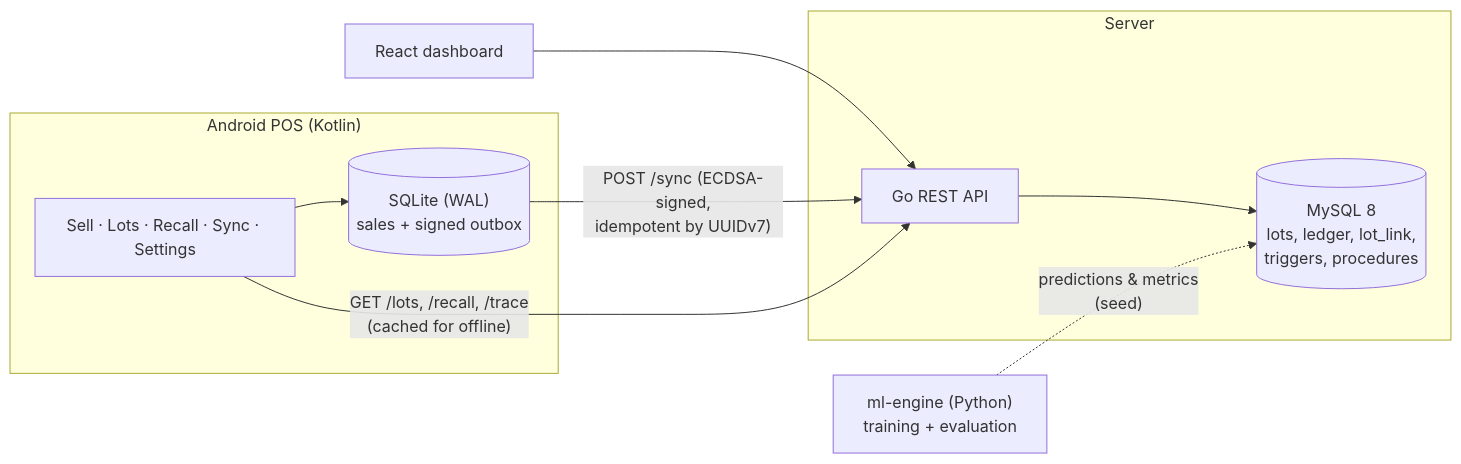
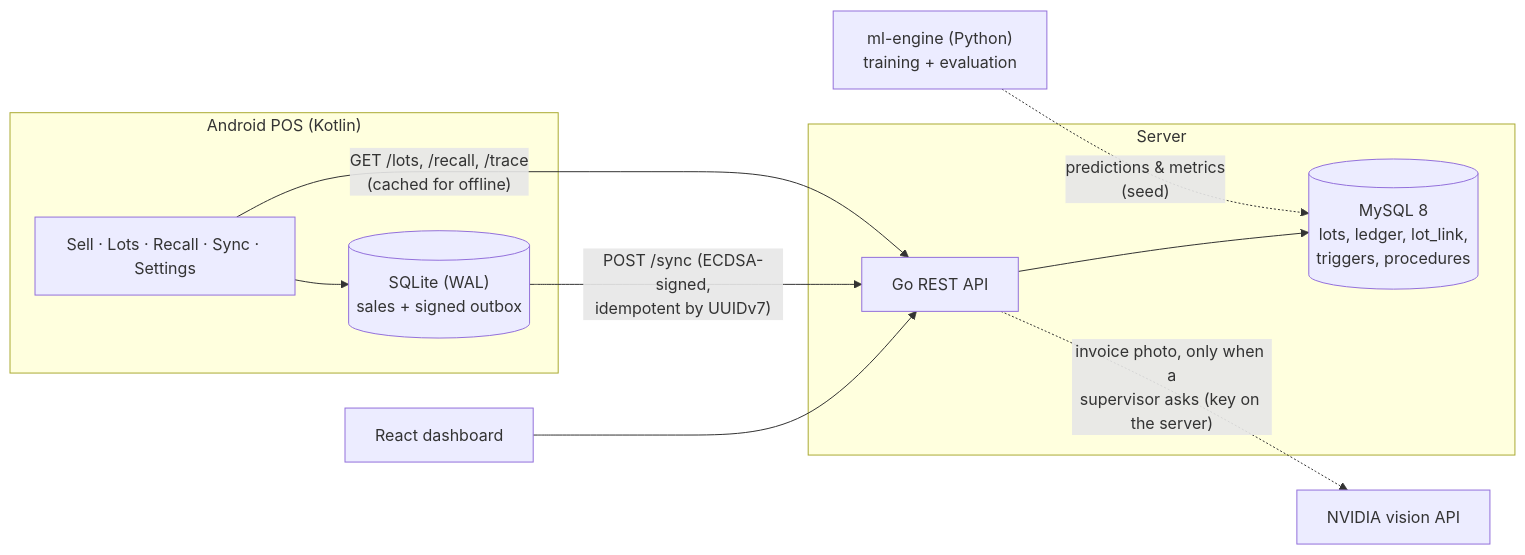
One commit to ban-food-intelligence/ban-food-intelligence changed the diagram in README.md. Above: the diagram before and after it, drawn with Mermaid. The commit also changed other lines of this file, not shown here.

First line of the commit message:
docs: README covers alerts, mass balance, recall drill, lot scan and server-side invoice reading

````diff
--- a/README.md
+++ b/README.md
@@ -41,17 +49,18 @@
 ```mermaid
 flowchart LR
   subgraph Phone["Android POS (Kotlin)"]
     UI["Sell · Lots · Recall · Sync · Settings"]
     SQ[("SQLite (WAL)\nsales + signed outbox")]
     UI --> SQ
   end
   subgraph Server["Server"]
     API["Go REST API"]
     DB[("MySQL 8\nlots, ledger, lot_link,\ntriggers, procedures")]
     API --> DB
   end
   WEB["React dashboard"] --> API
   SQ -- "POST /sync (ECDSA-signed,\nidempotent by UUIDv7)" --> API
   UI -- "GET /lots, /recall, /trace\n(cached for offline)" --> API
   ML["ml-engine (Python)\ntraining + evaluation"] -. "predictions & metrics\n(seed)" .-> DB
+  API -. "invoice photo, only when a\nsupervisor asks (key on the server)" .-> NV["NVIDIA vision API"]
 ```
````
